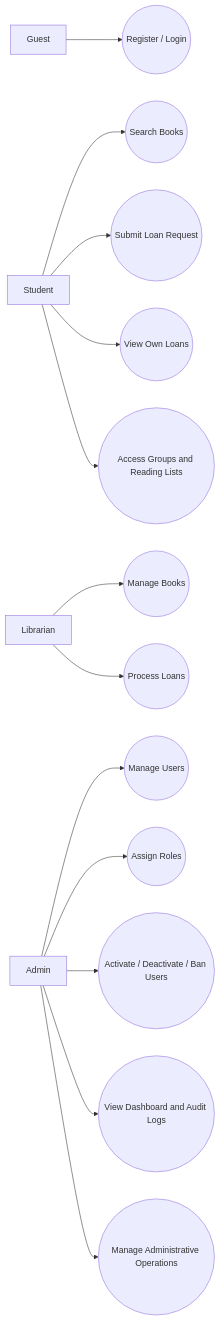
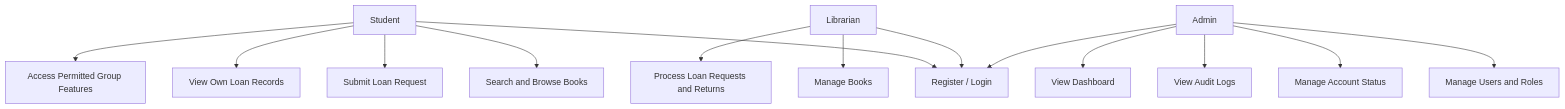
One commit to Adi1ba/LibraryNest changed the third of 4 diagrams in docs/02-srs.md. Above: the diagram before and after it, drawn with Mermaid. The commit also changed other lines of this file, not shown here.

Commit message:
Fix SRS typos and remove Guest role

````diff
--- a/docs/02-srs.md
+++ b/docs/02-srs.md
@@ -109,15 +108,19 @@
 ```mermaid
-flowchart LR
-    G[Guest] --> A1((Register / Login))
-    S[Student] --> A2((Search Books))
-    S --> A3((Submit Loan Request))
-    S --> A4((View Own Loans))
-    S --> A5((Access Groups and Reading Lists))
-    L[Librarian] --> A6((Manage Books))
-    L --> A7((Process Loans))
-    AD[Admin] --> A8((Manage Users))
-    AD --> A9((Assign Roles))
-    AD --> A10((Activate / Deactivate / Ban Users))
-    AD --> A11((View Dashboard and Audit Logs))
-    AD --> A12((Manage Administrative Operations))
+flowchart TD
+    Student --> Register[Register / Login]
+    Librarian --> Register
+    Admin --> Register
+
+    Student --> Search[Search and Browse Books]
+    Student --> Loan[Submit Loan Request]
+    Student --> Personal[View Own Loan Records]
+    Student --> Groups[Access Permitted Group Features]
+
+    Librarian --> Books[Manage Books]
+    Librarian --> Process[Process Loan Requests and Returns]
+
+    Admin --> Users[Manage Users and Roles]
+    Admin --> Status[Manage Account Status]
+    Admin --> Audit[View Audit Logs]
+    Admin --> Dashboard[View Dashboard]
 ```
````
